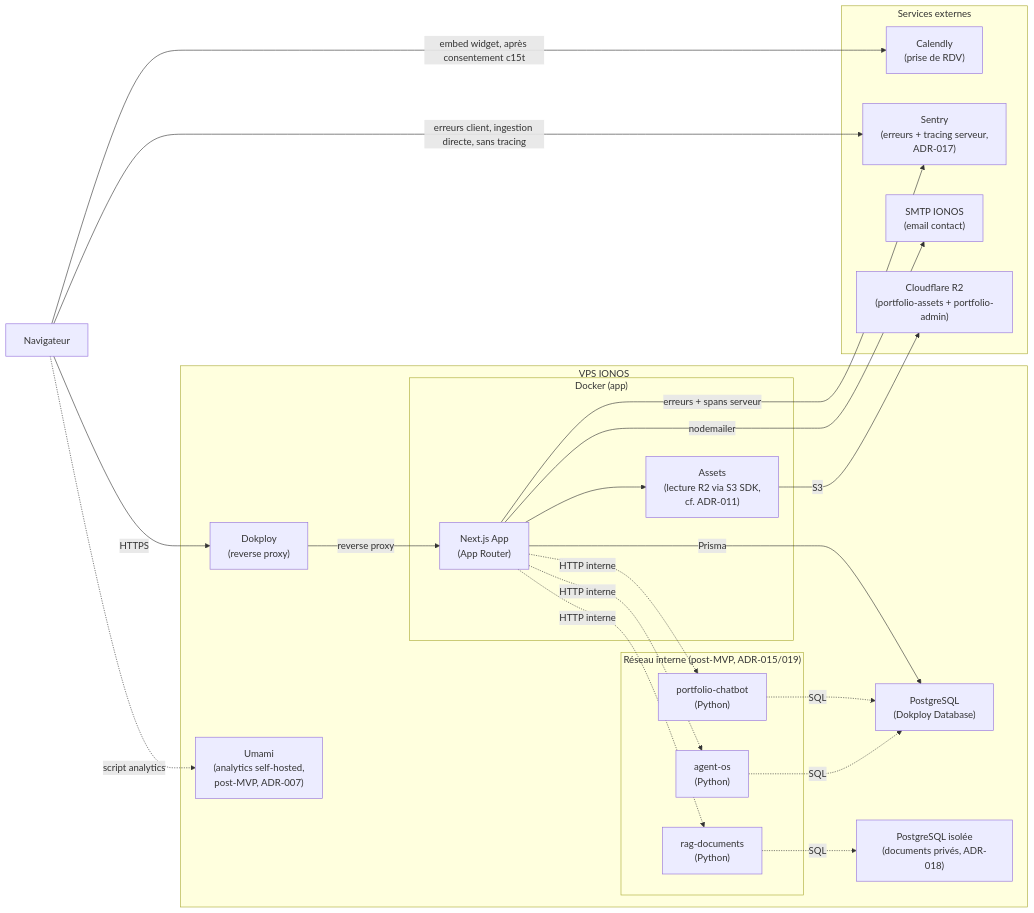
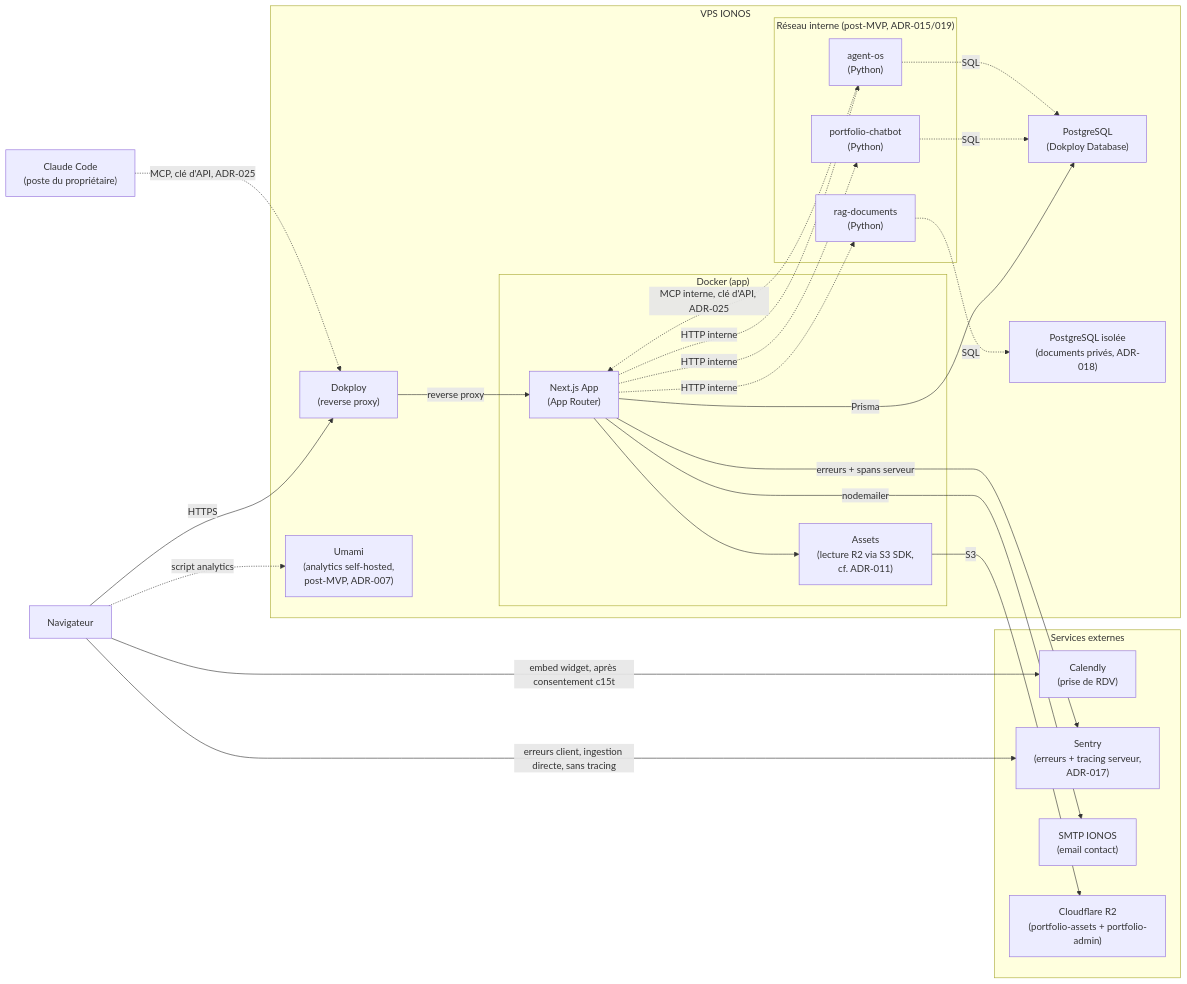
Before and after one commit to thibaud57/thibaud-geisler-portfolio: the first of 4 diagrams in docs/ARCHITECTURE.md, drawn with Mermaid. The commit also changed other lines of this file and 182 other files, not shown here.

First line of the commit message:
feat: outils de l'app pour les agents, serveur MCP authentifié par clé d'API et outils CRM (#237)

````diff
--- a/docs/ARCHITECTURE.md
+++ b/docs/ARCHITECTURE.md
@@ -82,43 +82,46 @@
 ```mermaid
 graph LR
     Browser["Navigateur"]
+    Poste["Claude Code<br/>(poste du propriétaire)"]
 
     subgraph VPS["VPS IONOS"]
         Dokploy["Dokploy<br/>(reverse proxy)"]
         subgraph App["Docker (app)"]
             Next["Next.js App<br/>(App Router)"]
             Assets["Assets<br/>(lecture R2 via S3 SDK,<br/>cf. ADR-011)"]
         end
         PG["PostgreSQL<br/>(Dokploy Database)"]
         Umami["Umami<br/>(analytics self-hosted,<br/>post-MVP, ADR-007)"]
         subgraph Interne["Réseau interne (post-MVP, ADR-015/019)"]
             Chatbot["portfolio-chatbot<br/>(Python)"]
             AgentOS["agent-os<br/>(Python)"]
             RagDocs["rag-documents<br/>(Python)"]
         end
         PGPriv["PostgreSQL isolée<br/>(documents privés, ADR-018)"]
     end
 
     subgraph Ext["Services externes"]
         Calendly["Calendly<br/>(prise de RDV)"]
         Sentry["Sentry<br/>(erreurs + tracing serveur,<br/>ADR-017)"]
         SMTP["SMTP IONOS<br/>(email contact)"]
         R2["Cloudflare R2<br/>(portfolio-assets + portfolio-admin)"]
     end
 
     Browser -->|HTTPS| Dokploy -->|reverse proxy| Next
     Browser -->|embed widget, après consentement c15t| Calendly
     Browser -.->|script analytics| Umami
     Browser -->|erreurs client, ingestion directe, sans tracing| Sentry
+    Poste -.->|MCP, clé d'API, ADR-025| Dokploy
+    AgentOS -.->|MCP interne, clé d'API, ADR-025| Next
     Next -->|Prisma| PG
     Next --> Assets
     Assets -->|S3| R2
     Next -.->|HTTP interne| Chatbot
     Next -.->|HTTP interne| AgentOS
     Next -.->|HTTP interne| RagDocs
     Next -->|nodemailer| SMTP
     Next -->|erreurs + spans serveur| Sentry
     Chatbot -.->|SQL| PG
     AgentOS -.->|SQL| PG
     RagDocs -.->|SQL| PGPriv
 ```
````
